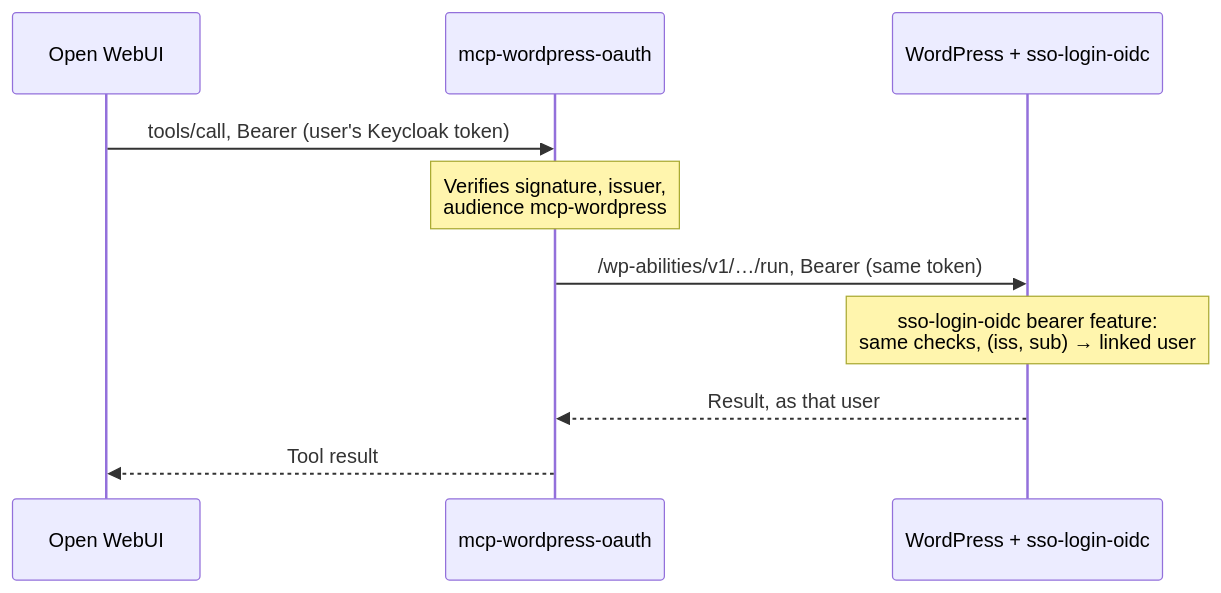
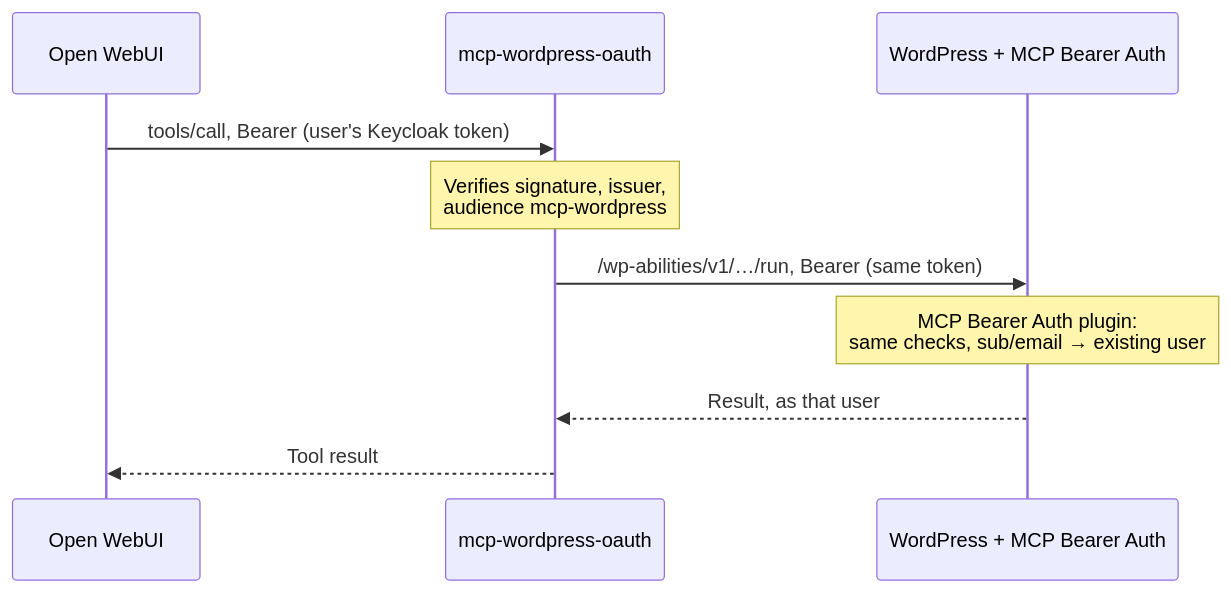
The first of 2 diagrams in README.md (linuxrrze/mcp-wordpress-oauth), drawn with Mermaid before and after one commit. The commit also changed other lines of this file and 35 other files, not shown here.

First line of the commit message:
feat!: bundle MCP Bearer Auth plugin, drop the sso-login-oidc dependency

````diff
--- a/README.md
+++ b/README.md
@@ -22,13 +22,13 @@
 ```mermaid
 sequenceDiagram
     participant OW as Open WebUI
     participant MCP as mcp-wordpress-oauth
-    participant WP as WordPress + sso-login-oidc
+    participant WP as WordPress + MCP Bearer Auth
 
     OW->>MCP: tools/call, Bearer (user's Keycloak token)
     Note over MCP: Verifies signature, issuer,<br/>audience mcp-wordpress
     MCP->>WP: /wp-abilities/v1/…/run, Bearer (same token)
-    Note over WP: sso-login-oidc bearer feature:<br/>same checks, (iss, sub) → linked user
+    Note over WP: MCP Bearer Auth plugin:<br/>same checks, sub/email → existing user
     WP-->>MCP: Result, as that user
     MCP-->>OW: Tool result
 ```
````
